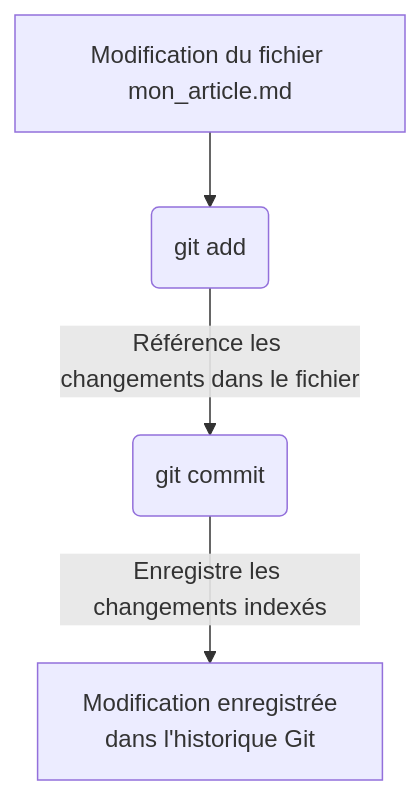
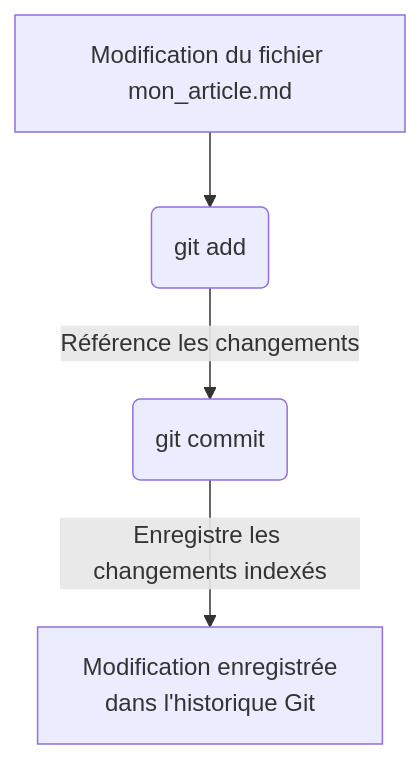
Before and after one commit to geotribu/site-contribuer: the first of 2 diagrams in internal/git_hooks_precommit.md, drawn with Mermaid. The commit also changed other lines of this file, not shown here.

````diff
--- a/internal/git_hooks_precommit.md
+++ b/internal/git_hooks_precommit.md
@@ -52,7 +52,7 @@
 ```mermaid
 flowchart TD
     A[Modification du fichier mon_article.md] --> B
-    B(git add) --> |Référence les changements dans le fichier| C
+    B(git add) --> |Référence les changements| C
     C(git commit) --> |Enregistre les changements indexés| D
     D[Modification enregistrée\ndans l'historique Git]
 ```
````
